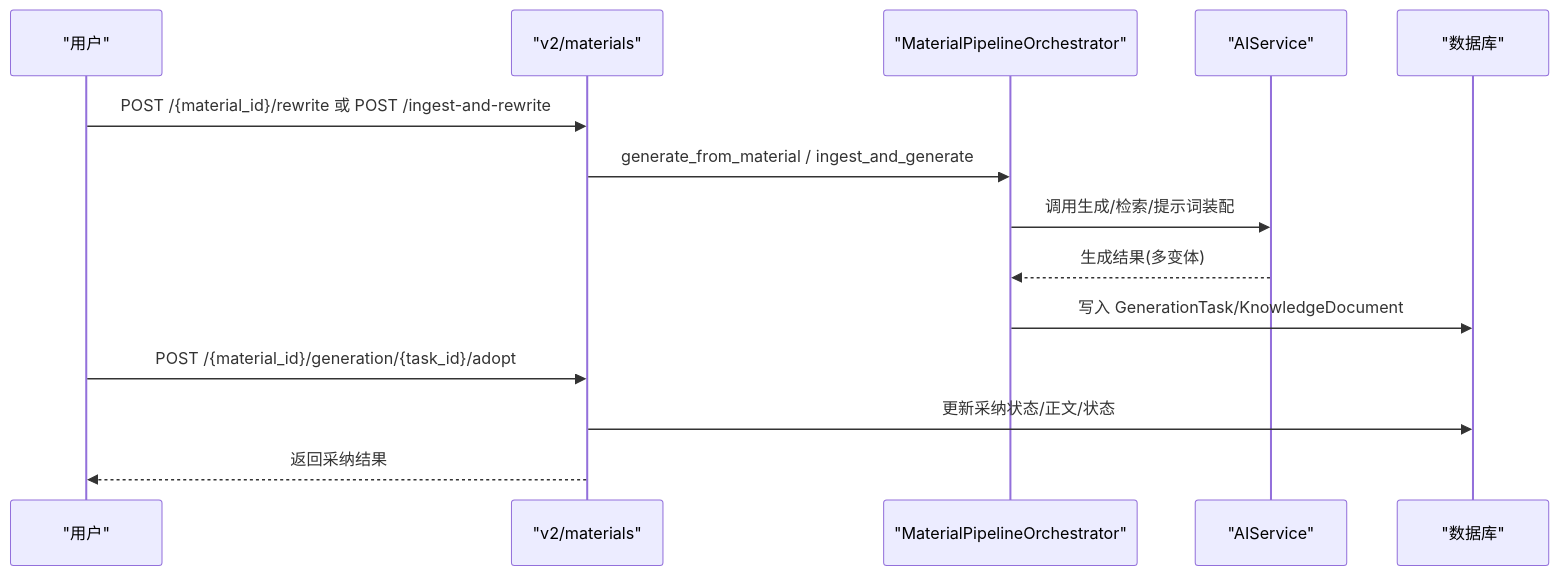
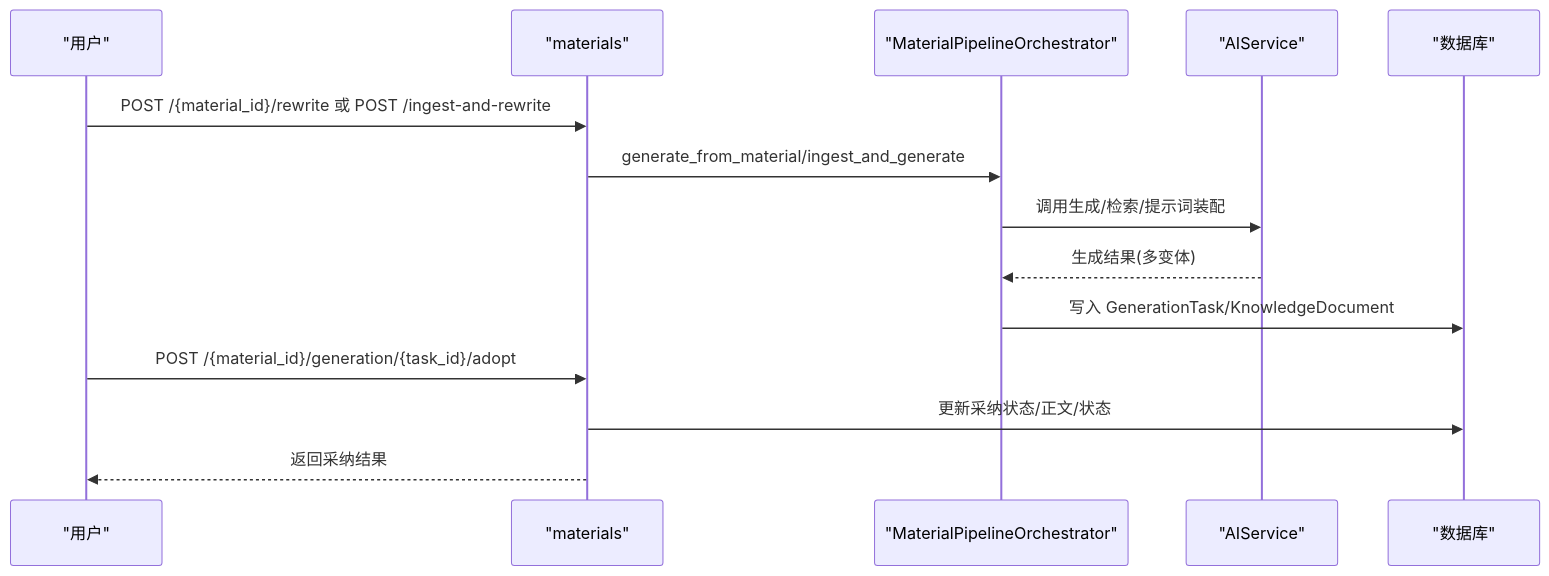
The seventh of 8 diagrams in .qoder/repowiki/zh/content/内容采集系统/内容采集系统.md (dream-ze/AI_huoke-), drawn with Mermaid before and after one commit. The commit also changed other lines of this file and 52 other files, not shown here.

````diff
--- a/.qoder/repowiki/zh/content/内容采集系统/内容采集系统.md
+++ b/.qoder/repowiki/zh/content/内容采集系统/内容采集系统.md
@@ -292,16 +359,16 @@
 ```mermaid
 sequenceDiagram
 participant U as "用户"
-participant V2M as "v2/materials"
+participant V2M as "materials"
 participant MPO as "MaterialPipelineOrchestrator"
 participant AI as "AIService"
 participant DB as "数据库"
 U->>V2M : POST /{material_id}/rewrite 或 POST /ingest-and-rewrite
-V2M->>MPO : generate_from_material / ingest_and_generate
+V2M->>MPO : generate_from_material/ingest_and_generate
 MPO->>AI : 调用生成/检索/提示词装配
 AI-->>MPO : 生成结果(多变体)
 MPO->>DB : 写入 GenerationTask/KnowledgeDocument
 U->>V2M : POST /{material_id}/generation/{task_id}/adopt
 V2M->>DB : 更新采纳状态/正文/状态
 V2M-->>U : 返回采纳结果
 ```
````
